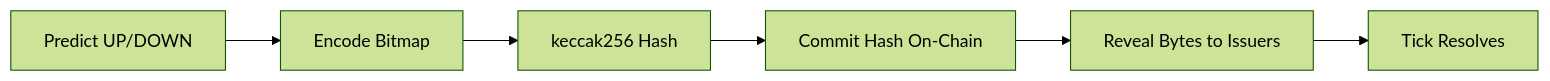
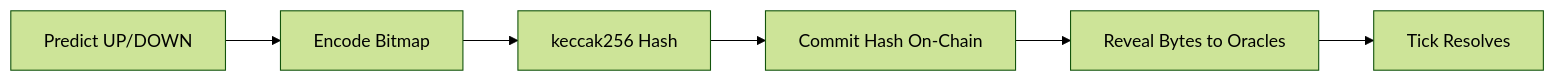
Before and after one commit to General-Market/docs: the diagram in docs/vision/concepts/bitmaps.mdx, drawn with Mermaid (forest theme). The commit also changed other lines of this file and 652 other files, not shown here.

````diff
--- a/docs/vision/concepts/bitmaps.mdx
+++ b/docs/vision/concepts/bitmaps.mdx
@@ -33,8 +33,8 @@
 ```mermaid
 flowchart LR
     A[Predict UP/DOWN] --> B[Encode Bitmap]
     B --> C[keccak256 Hash]
     C --> D[Commit Hash On-Chain]
-    D --> E[Reveal Bytes to Issuers]
+    D --> E[Reveal Bytes to Oracles]
     E --> F[Tick Resolves]
 ```
````
